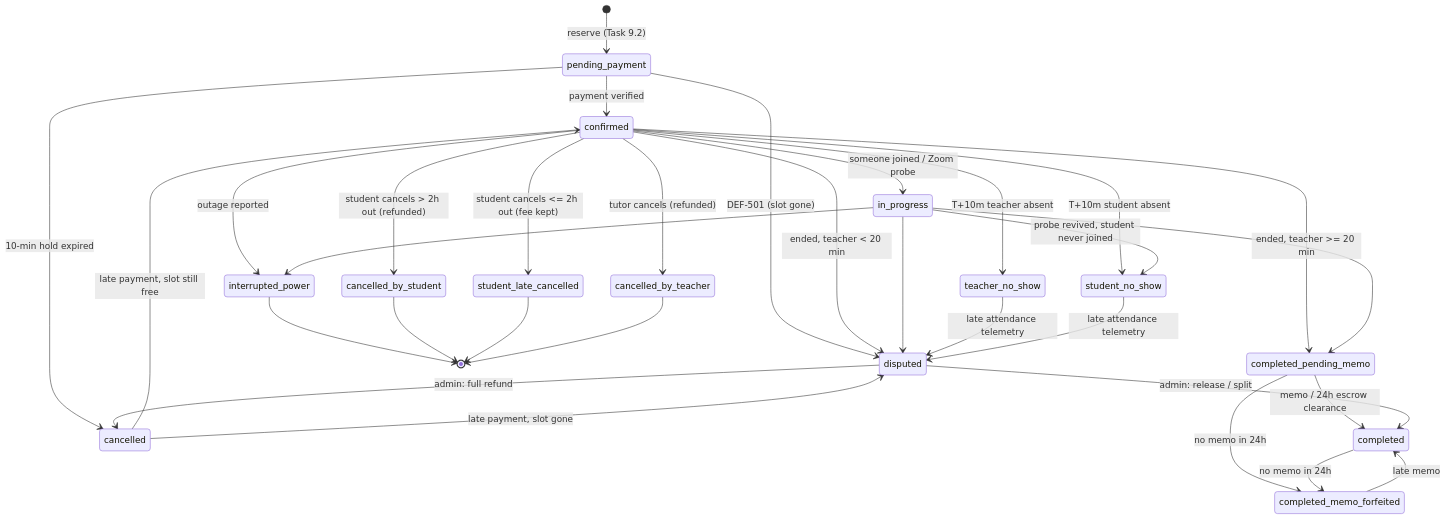
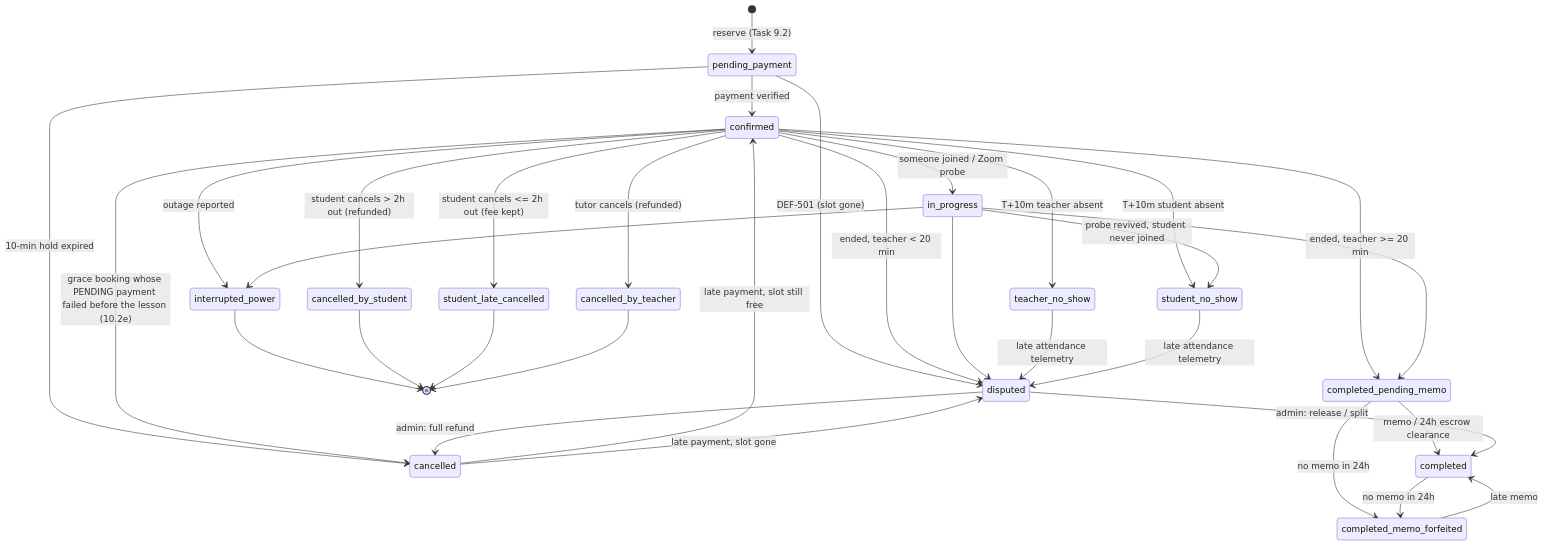
The diagram in docs/BOOKING_STATE_MACHINE.md (sharonremotedeveloper/SharonOnline), drawn with Mermaid before and after one commit. The commit also changed other lines of this file and 9 other files, not shown here.

````diff
--- a/docs/BOOKING_STATE_MACHINE.md
+++ b/docs/BOOKING_STATE_MACHINE.md
@@ -22,34 +22,35 @@
 ```mermaid
 stateDiagram-v2
     [*] --> pending_payment: reserve (Task 9.2)
     pending_payment --> confirmed: payment verified
     pending_payment --> cancelled: 10-min hold expired
     pending_payment --> disputed: DEF-501 (slot gone)
     cancelled --> confirmed: late payment, slot still free
     cancelled --> disputed: late payment, slot gone
     confirmed --> in_progress: someone joined / Zoom probe
     confirmed --> teacher_no_show: T+10m teacher absent
     confirmed --> student_no_show: T+10m student absent
     confirmed --> interrupted_power: outage reported
     confirmed --> cancelled_by_student: student cancels > 2h out (refunded)
     confirmed --> student_late_cancelled: student cancels <= 2h out (fee kept)
     confirmed --> cancelled_by_teacher: tutor cancels (refunded)
     confirmed --> completed_pending_memo: ended, teacher >= 20 min
     confirmed --> disputed: ended, teacher < 20 min
+    confirmed --> cancelled: grace booking whose PENDING payment failed before the lesson (10.2e)
     in_progress --> completed_pending_memo
     in_progress --> disputed
     in_progress --> interrupted_power
     in_progress --> student_no_show: probe revived, student never joined
     teacher_no_show --> disputed: late attendance telemetry
     student_no_show --> disputed: late attendance telemetry
     completed_pending_memo --> completed: memo / 24h escrow clearance
     completed_pending_memo --> completed_memo_forfeited: no memo in 24h
     completed --> completed_memo_forfeited: no memo in 24h
     completed_memo_forfeited --> completed: late memo
     disputed --> cancelled: admin: full refund
     disputed --> completed: admin: release / split
     interrupted_power --> [*]
     cancelled_by_student --> [*]
     student_late_cancelled --> [*]
     cancelled_by_teacher --> [*]
 ```
````
